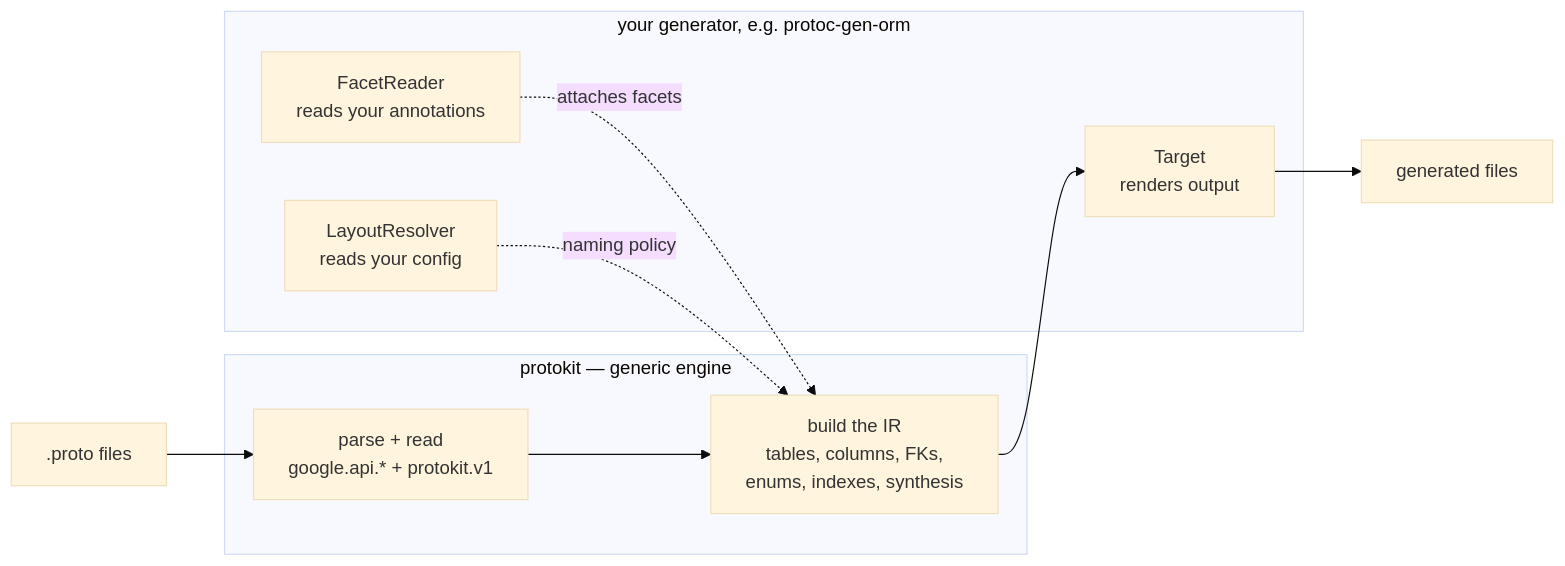
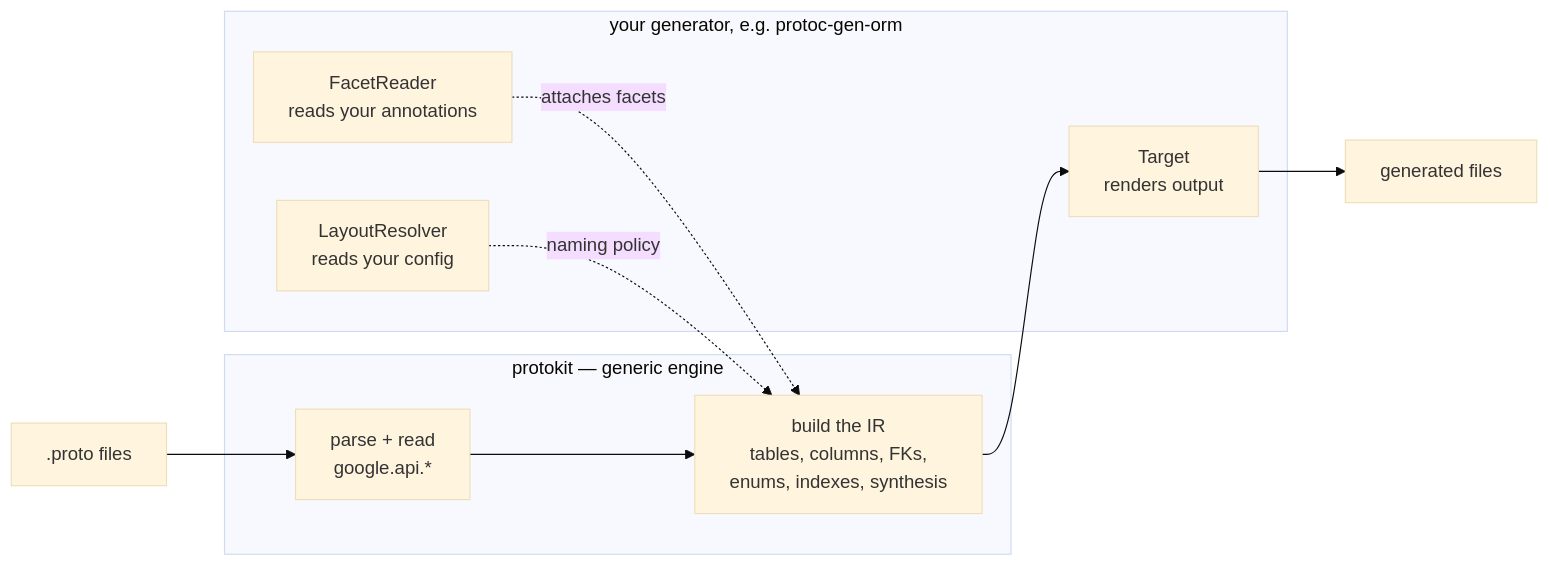
Before and after one commit to the-protobuf-project/protokit: the first of 3 diagrams in README.md, drawn with Mermaid (base theme). The commit also changed other lines of this file and 27 other files, not shown here.

First line of the commit message:
refactor: remove protokit.v1.table and update schema handling

````diff
--- a/README.md
+++ b/README.md
@@ -23,16 +24,16 @@
 ```mermaid
 flowchart LR
     P[".proto files"] --> AIP
     subgraph K["protokit — generic engine"]
-        AIP["parse + read<br/>google.api.* + protokit.v1"] --> IR["build the IR<br/>tables, columns, FKs,<br/>enums, indexes, synthesis"]
+        AIP["parse + read<br/>google.api.*"] --> IR["build the IR<br/>tables, columns, FKs,<br/>enums, indexes, synthesis"]
     end
     subgraph Author["your generator, e.g. protoc-gen-orm"]
         R["FacetReader<br/>reads your annotations"]
         L["LayoutResolver<br/>reads your config"]
         T["Target<br/>renders output"]
     end
     R -.->|attaches facets| IR
     L -.->|naming policy| IR
     IR --> T
     T --> OUT["generated files"]
 ```
````
